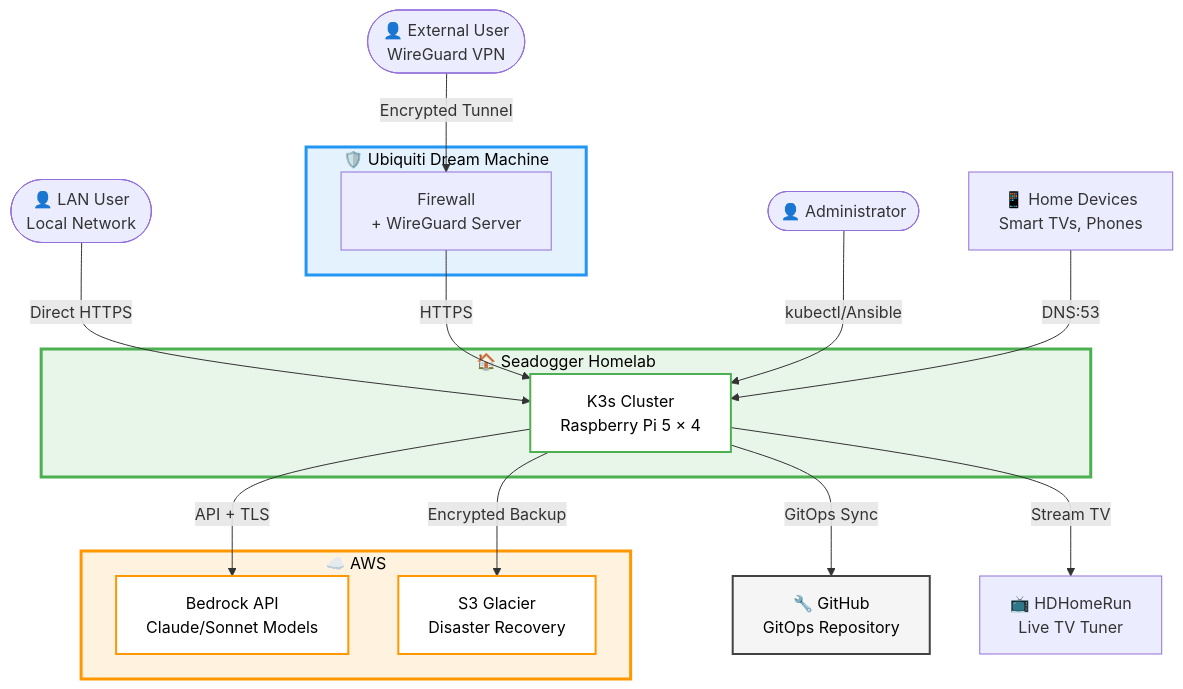
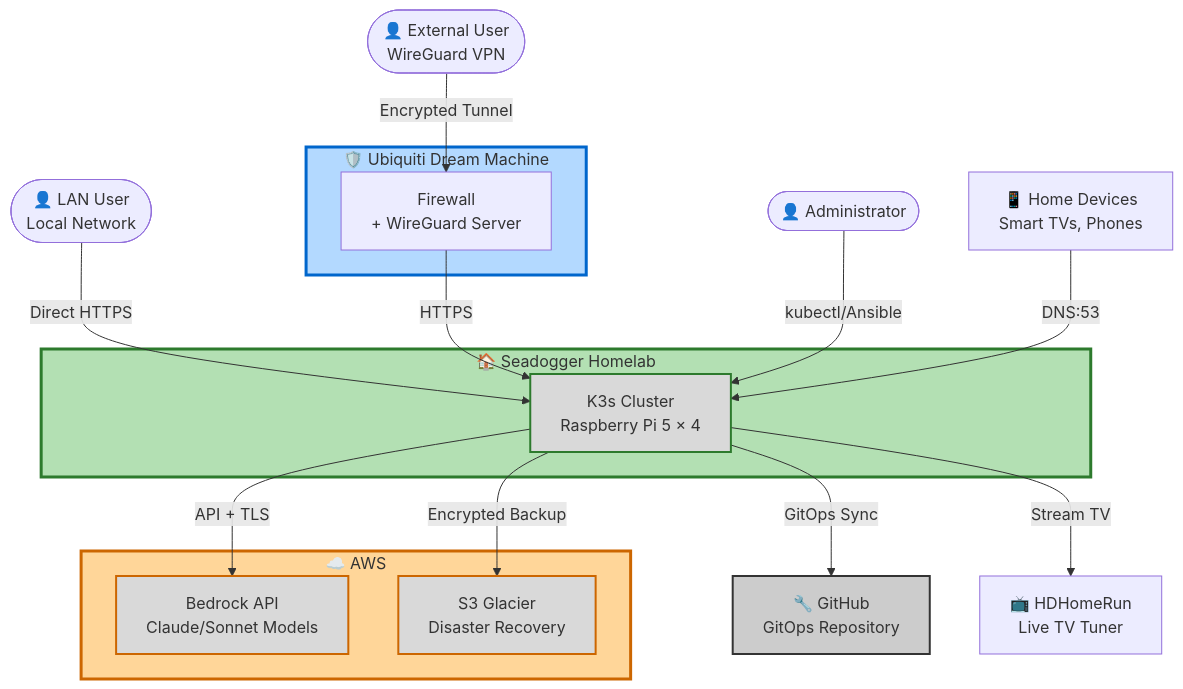
One commit to seadogger-tech/seadogger-homelab changed the first of 6 diagrams in docs/wiki/02-Architecture.md. Above: the diagram before and after it, drawn with Mermaid. The commit also changed other lines of this file and 1 other file, not shown here.

````diff
--- a/docs/wiki/02-Architecture.md
+++ b/docs/wiki/02-Architecture.md
@@ -18,42 +18,42 @@
 ```mermaid
 graph TB
     LAN_User([👤 LAN User<br/>Local Network])
     VPN_User([👤 External User<br/>WireGuard VPN])
     Admin([👤 Administrator])
 
     subgraph UDM["🛡️ Ubiquiti Dream Machine"]
         Firewall[Firewall<br/>+ WireGuard Server]
     end
 
     subgraph Homelab["🏠 Seadogger Homelab"]
         K3s[K3s Cluster<br/>Raspberry Pi 5 × 4]
     end
 
     subgraph AWS_Cloud["☁️ AWS"]
         Bedrock[Bedrock API<br/>Claude/Sonnet Models]
         S3[S3 Glacier<br/>Disaster Recovery]
     end
 
     GitHub[🔧 GitHub<br/>GitOps Repository]
     HDHomeRun[📺 HDHomeRun<br/>Live TV Tuner]
     Devices[📱 Home Devices<br/>Smart TVs, Phones]
 
     LAN_User -->|Direct HTTPS| K3s
     VPN_User -->|Encrypted Tunnel| Firewall
     Firewall -->|HTTPS| K3s
     Admin -->|kubectl/Ansible| K3s
 
     K3s -->|API + TLS| Bedrock
     K3s -->|GitOps Sync| GitHub
     K3s -->|Encrypted Backup| S3
     K3s -->|Stream TV| HDHomeRun
     Devices -->|DNS:53| K3s
 
-    style UDM fill:#e3f2fd,stroke:#2196f3,stroke-width:3px,color:#000
-    style Homelab fill:#e8f5e9,stroke:#4caf50,stroke-width:3px,color:#000
-    style K3s fill:#fff,stroke:#4caf50,stroke-width:2px,color:#000
-    style AWS_Cloud fill:#fff3e0,stroke:#ff9800,stroke-width:3px,color:#000
-    style Bedrock fill:#fff,stroke:#ff9800,stroke-width:2px,color:#000
-    style S3 fill:#fff,stroke:#ff9800,stroke-width:2px,color:#000
-    style GitHub fill:#f5f5f5,stroke:#424242,stroke-width:2px,color:#000
+    style UDM fill:#b3d9ff,stroke:#0066cc,stroke-width:3px
+    style Homelab fill:#b3e0b3,stroke:#2d7a2d,stroke-width:3px
+    style K3s fill:#d9d9d9,stroke:#2d7a2d,stroke-width:2px
+    style AWS_Cloud fill:#ffd699,stroke:#cc6600,stroke-width:3px
+    style Bedrock fill:#d9d9d9,stroke:#cc6600,stroke-width:2px
+    style S3 fill:#d9d9d9,stroke:#cc6600,stroke-width:2px
+    style GitHub fill:#cccccc,stroke:#333333,stroke-width:2px
 ```
````
